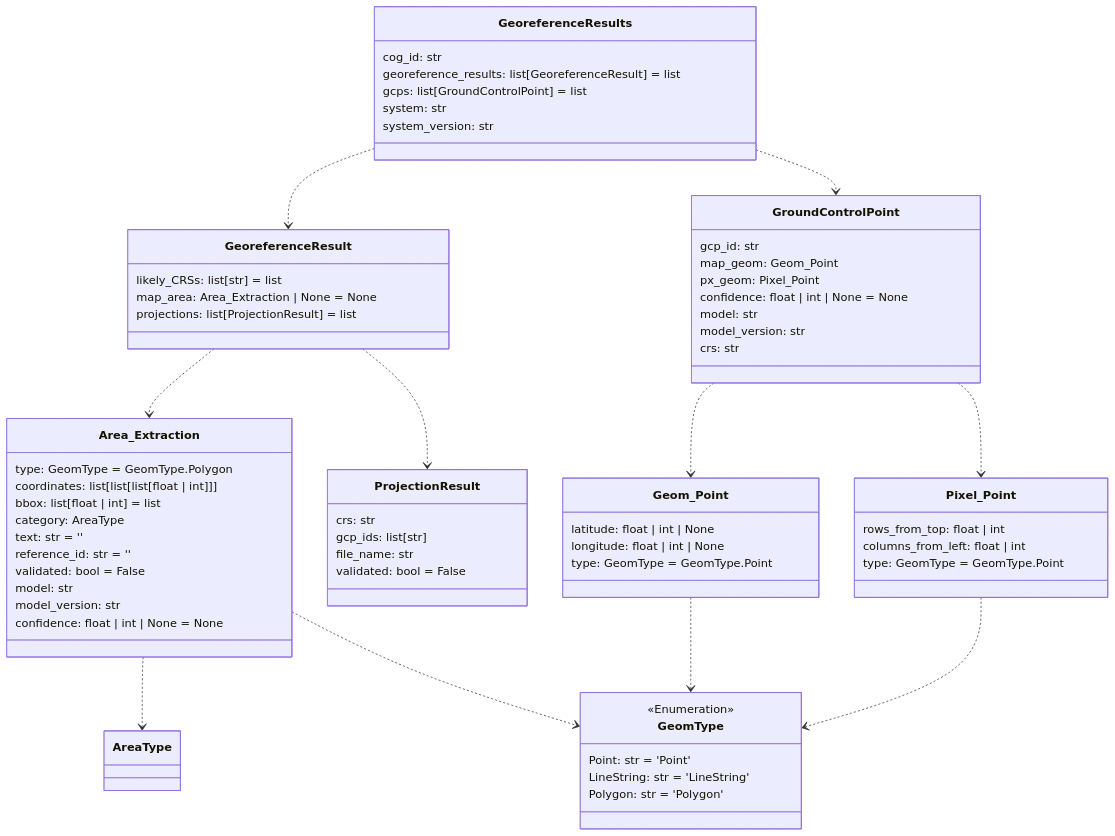
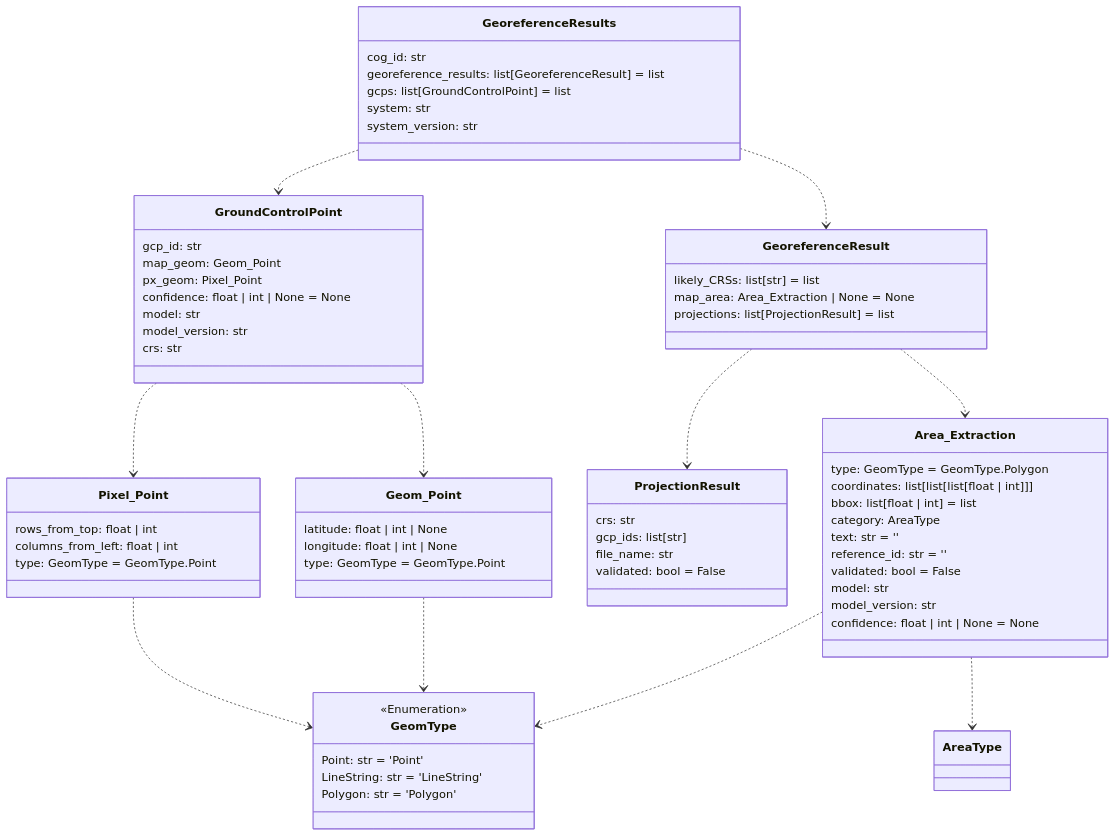
One commit to DARPA-CRITICALMAAS/cdr_schemas changed the second of 14 diagrams in README.md. Above: the diagram before and after it, drawn with Mermaid. The commit also changed other lines of this file and 2 other files, not shown here.

````diff
--- a/README.md
+++ b/README.md
@@ -117,79 +117,79 @@
 ```mermaid
 classDiagram
 
     class Area_Extraction {
         type: GeomType = GeomType.Polygon
         coordinates: list[list[list[float | int]]]
         bbox: list[float | int] = list
         category: AreaType
         text: str = ''
         reference_id: str = ''
         validated: bool = False
         model: str
         model_version: str
         confidence: float | int | None = None
     }
 
+    class Geom_Point {
+        latitude: float | int | None
+        longitude: float | int | None
+        type: GeomType = GeomType.Point
+    }
+
     class GeomType {
         <<Enumeration>>
         Point: str = 'Point'
         LineString: str = 'LineString'
         Polygon: str = 'Polygon'
+    }
+
+    class ProjectionResult {
+        crs: str
+        gcp_ids: list[str]
+        file_name: str
+        validated: bool = False
+    }
+
+    class GeoreferenceResult {
+        likely_CRSs: list[str] = list
+        map_area: Area_Extraction | None = None
+        projections: list[ProjectionResult] = list
     }
 
     class GeoreferenceResults {
         cog_id: str
         georeference_results: list[GeoreferenceResult] = list
         gcps: list[GroundControlPoint] = list
         system: str
         system_version: str
     }
 
     class Pixel_Point {
         rows_from_top: float | int
         columns_from_left: float | int
         type: GeomType = GeomType.Point
     }
 
     class GroundControlPoint {
         gcp_id: str
         map_geom: Geom_Point
         px_geom: Pixel_Point
         confidence: float | int | None = None
         model: str
         model_version: str
         crs: str
     }
 
-    class ProjectionResult {
-        crs: str
-        gcp_ids: list[str]
-        file_name: str
-        validated: bool = False
-    }
-
-    class GeoreferenceResult {
-        likely_CRSs: list[str] = list
-        map_area: Area_Extraction | None = None
-        projections: list[ProjectionResult] = list
-    }
-
-    class Geom_Point {
-        latitude: float | int | None
-        longitude: float | int | None
-        type: GeomType = GeomType.Point
-    }
-
+    Area_Extraction ..> GeomType
     Area_Extraction ..> AreaType
-    Area_Extraction ..> GeomType
     Geom_Point ..> GeomType
     Pixel_Point ..> GeomType
+    GroundControlPoint ..> Pixel_Point
     GroundControlPoint ..> Geom_Point
-    GroundControlPoint ..> Pixel_Point
+    GeoreferenceResult ..> ProjectionResult
     GeoreferenceResult ..> Area_Extraction
-    GeoreferenceResult ..> ProjectionResult
+    GeoreferenceResults ..> GroundControlPoint
     GeoreferenceResults ..> GeoreferenceResult
-    GeoreferenceResults ..> GroundControlPoint
 
 
 ```
````
